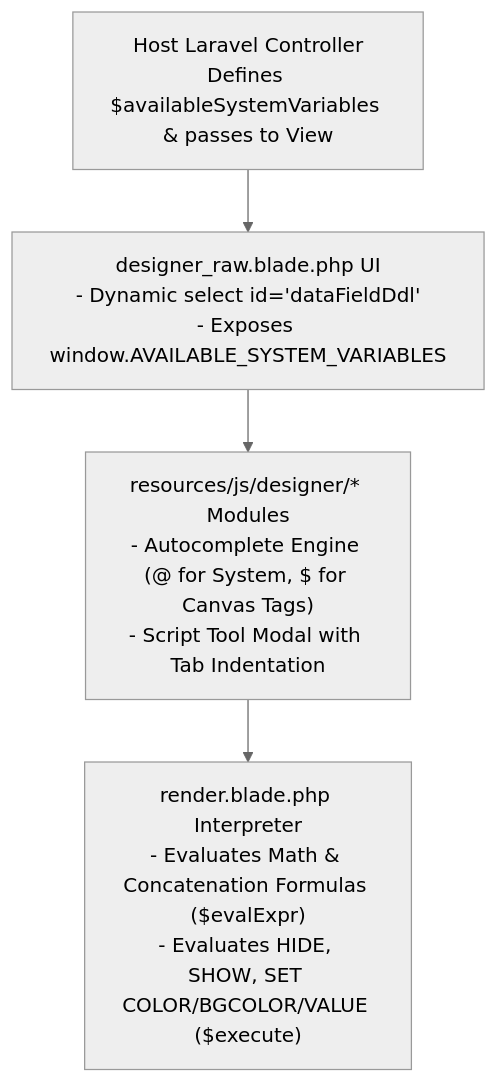
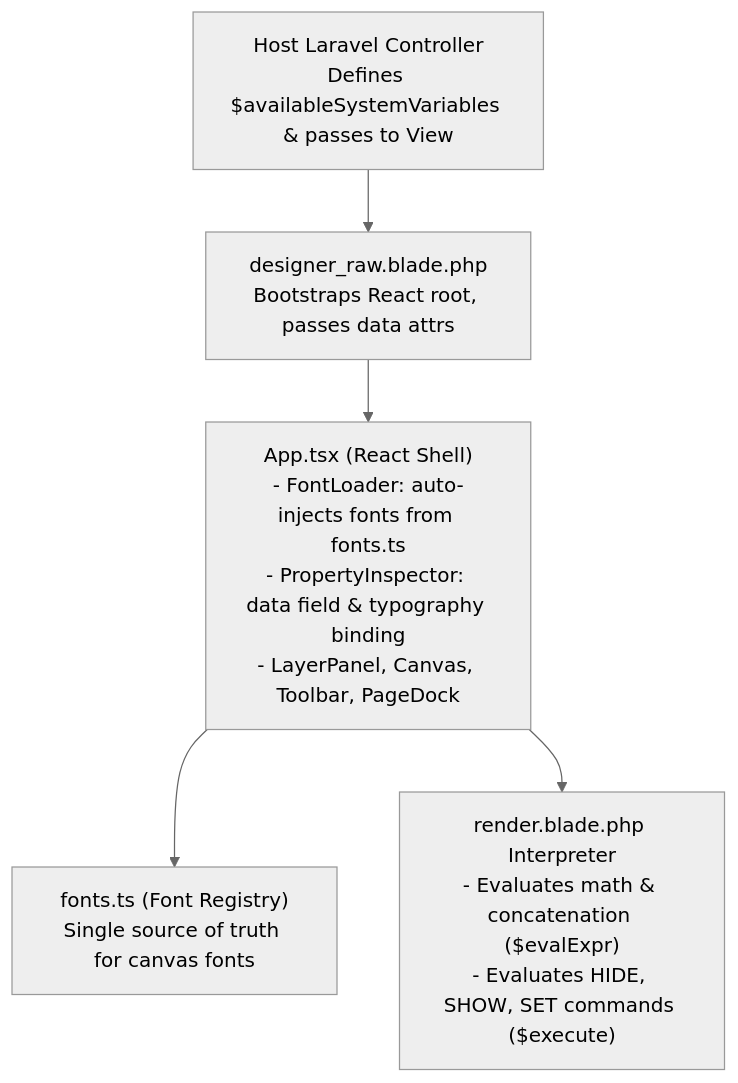
One commit to BKF521/pgy-docs changed the diagram in docs/dev-notes/template-designer/03-reusable-package-architecture.md. Above: the diagram before and after it, drawn with Mermaid (neutral theme). The commit also changed other lines of this file and 5 other files, not shown here.

````diff
--- a/docs/dev-notes/template-designer/03-reusable-package-architecture.md
+++ b/docs/dev-notes/template-designer/03-reusable-package-architecture.md
@@ -11,6 +11,7 @@
 ```mermaid
 flowchart TD
-    A["Host Laravel Controller<br/>Defines $availableSystemVariables & passes to View"] --> B["designer_raw.blade.php UI<br/>- Dynamic select id='dataFieldDdl'<br/>- Exposes window.AVAILABLE_SYSTEM_VARIABLES"]
-    B --> C["resources/js/designer/* Modules<br/>- Autocomplete Engine (@ for System, $ for Canvas Tags)<br/>- Script Tool Modal with Tab Indentation"]
-    C --> D["render.blade.php Interpreter<br/>- Evaluates Math & Concatenation Formulas ($evalExpr)<br/>- Evaluates HIDE, SHOW, SET COLOR/BGCOLOR/VALUE ($execute)"]
+    A["Host Laravel Controller\nDefines $availableSystemVariables & passes to View"] --> B["designer_raw.blade.php\nBootstraps React root, passes data attrs"]
+    B --> C["App.tsx (React Shell)\n- FontLoader: auto-injects fonts from fonts.ts\n- PropertyInspector: data field & typography binding\n- LayerPanel, Canvas, Toolbar, PageDock"]
+    C --> D["fonts.ts (Font Registry)\nSingle source of truth for canvas fonts"]
+    C --> E["render.blade.php Interpreter\n- Evaluates math & concatenation ($evalExpr)\n- Evaluates HIDE, SHOW, SET commands ($execute)"]
 ```
````
